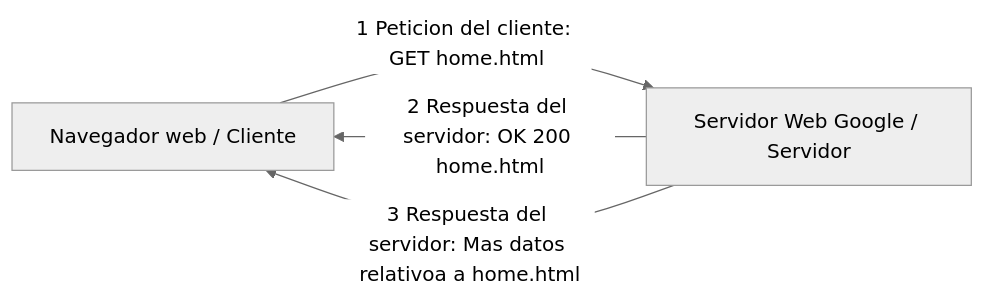
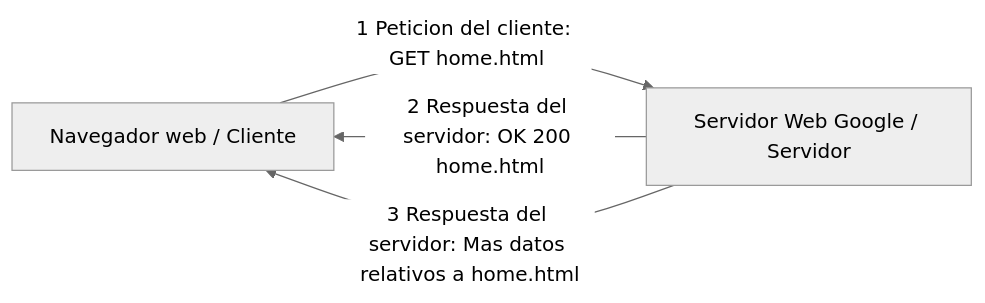
The fourth of 6 diagrams in Redes/Redes Introduccion/Seccion 1 Arquitectura TCP IP y Modelo OSI Encapsulacion y desencapsulacion/3 Modelo TCP IP Introduccion a la Capa de Aplicacion.md (RaulEstram/Documentaciones), drawn with Mermaid (neutral theme) before and after one commit. The commit also changed other lines of this file and 8 other files, not shown here.

````diff
--- a/Redes/Redes Introduccion/Seccion 1 Arquitectura TCP IP y Modelo OSI Encapsulacion y desencapsulacion/3 Modelo TCP IP Introduccion a la Capa de Aplicacion.md
+++ b/Redes/Redes Introduccion/Seccion 1 Arquitectura TCP IP y Modelo OSI Encapsulacion y desencapsulacion/3 Modelo TCP IP Introduccion a la Capa de Aplicacion.md
@@ -71,9 +71,9 @@
 ```mermaid
 graph LR
   
   B -->|1 Peticion del cliente: GET home.html|A
   A -->|2 Respuesta del servidor: OK 200 home.html|B
-  A -->|3 Respuesta del servidor: Mas datos relativoa a home.html|B
+  A -->|3 Respuesta del servidor: Mas datos relativos a home.html|B
   A[Servidor Web Google / Servidor]
   B[Navegador web / Cliente]
 ```
````
